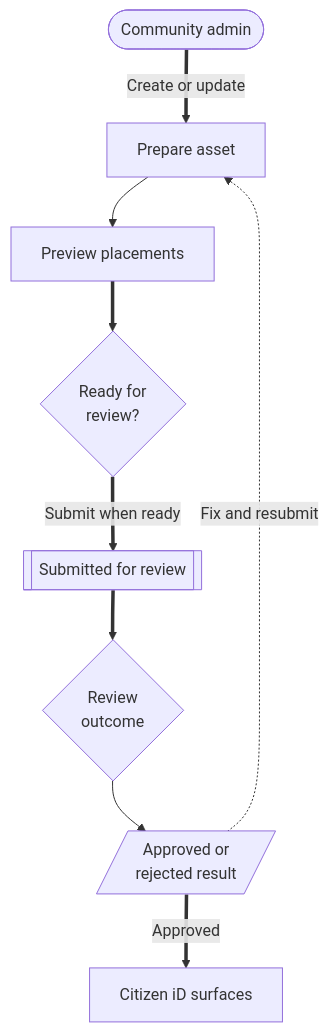
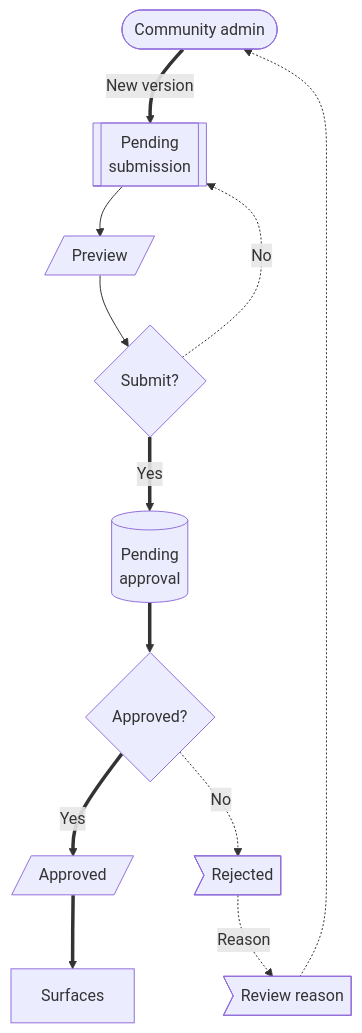
The diagram in docs/community-admins/branding-assets.md (ArkanisCorporation/CitizenId-docs), drawn with Mermaid before and after one commit. The commit also changed other lines of this file and 6 other files, not shown here.

Commit message:
docs: refine community admin diagrams

````diff
--- a/docs/community-admins/branding-assets.md
+++ b/docs/community-admins/branding-assets.md
@@ -19,26 +19,31 @@
 ```mermaid
 flowchart TD
   admin(["Community admin"])
-  draft["Prepare asset"]
-  preview["Preview placements"]
-  submit{"Ready for<br/>review?"}
-  pending[["Submitted for review"]]
-  review{"Review<br/>outcome"}
-  result[/Approved or<br/>rejected result/]
-  surfaces["Citizen iD surfaces"]
+  draft[["Pending<br/>submission"]]
+  preview[/Preview/]
+  submit{"Submit?"}
+  pending[(Pending<br/>approval)]
+  review{"Approved?"}
+  approved[/Approved/]
+  rejected>Rejected]
+  reason>Review reason]
+  surfaces["Surfaces"]
 
-  admin ==>|Create or update| draft
+  admin ==>|New version| draft
   draft --> preview
-  preview ==> submit
-  submit ==>|Submit when ready| pending
+  preview --> submit
+  submit -. "No" .-> draft
+  submit ==>|Yes| pending
   pending ==> review
-  review --> result
-  result -. "Fix and resubmit" .-> draft
-  result ==>|Approved| surfaces
+  review ==>|Yes| approved
+  review -. "No" .-> rejected
+  approved ==> surfaces
+  rejected -. "Reason" .-> reason
+  reason -.-> admin
 
   class admin actor;
-  class draft,preview,surfaces context;
+  class draft,pending service;
+  class preview,approved,surfaces data;
   class submit,review decision;
-  class pending service;
-  class result data;
+  class rejected,reason caution;
 ```
````
